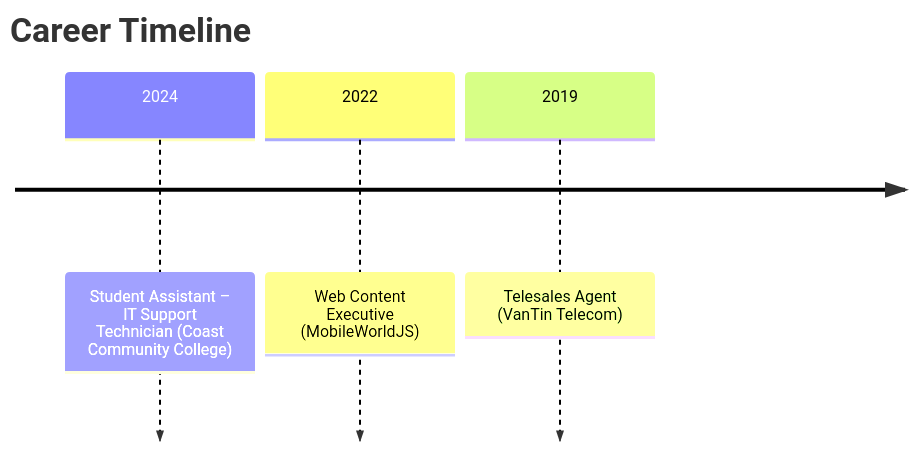
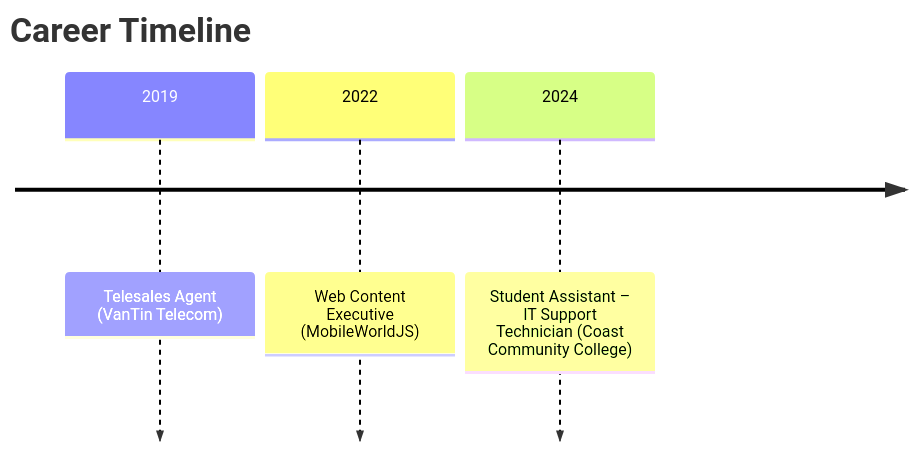
Before and after one commit to AndrewTr0612/AndrewTr0612: the diagram in README.md, drawn with Mermaid. The commit also changed other lines of this file, not shown here.

Commit message:
Reorder career timeline entries

````diff
--- a/README.md
+++ b/README.md
@@ -40,8 +40,8 @@
 ```mermaid
 timeline
     title Career Timeline
+    2019 : Telesales Agent (VanTin Telecom)
+    2022 : Web Content Executive (MobileWorldJS)
     2024 : Student Assistant – IT Support Technician (Coast Community College)
-    2022 : Web Content Executive (MobileWorldJS)
-    2019 : Telesales Agent (VanTin Telecom)
 
 ```
````
